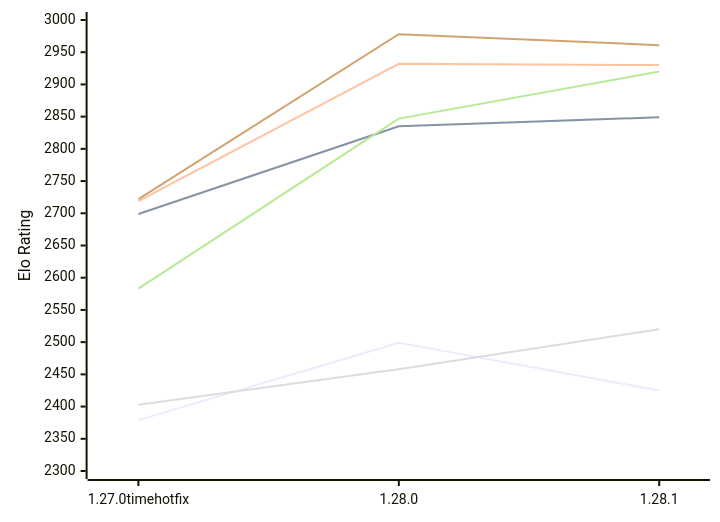
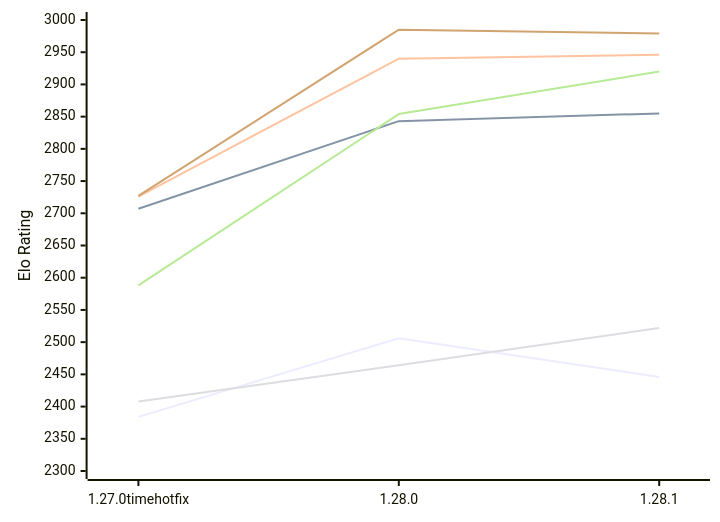
The first of 2 diagrams in engines/Aurora.md (computer-chess-index/cci), drawn with Mermaid before and after one commit. The commit also changed other lines of this file, not shown here.

Commit message:
Update CCI Ratings (ELO VLTC) - 2026-11-03

````diff
--- a/engines/Aurora.md
+++ b/engines/Aurora.md
@@ -52,12 +52,12 @@
 ```mermaid
 %%{init: {"theme":"base","themeVariables":{"seriesColors:['#a3a3a3','#222221','#faa371']}}}%%
 xychart-beta
   x-axis ["1.27.0timehotfix", "1.28.0", "1.28.1"]
   y-axis "Elo Rating" 2300 --> 3000
-  line "E1: STC (8.0+0.08s)" [2379, 2499, 2425]
-  line "E1: LTC (60.0+0.60s)" [2699, 2835, 2849]
-  line "E1: VLTC (2m24s+1.12s)" [2719, 2932, 2930]
-  line "P1: STC (8.0+0.08s)" [2403, 2458, 2520]
-  line "P1: LTC (60.0+0.60s)" [2583, 2847, 2920]
-  line "P1: VLTC (2m24s+1.12s)" [2722, 2978, 2961]
+  line "E1: STC (8.0+0.08s)" [2384, 2506, 2446]
+  line "E1: LTC (60.0+0.60s)" [2707, 2843, 2855]
+  line "E1: VLTC (2m24s+1.12s)" [2726, 2940, 2946]
+  line "P1: STC (8.0+0.08s)" [2408, 2464, 2522]
+  line "P1: LTC (60.0+0.60s)" [2588, 2854, 2920]
+  line "P1: VLTC (2m24s+1.12s)" [2727, 2985, 2979]
 ```
````
